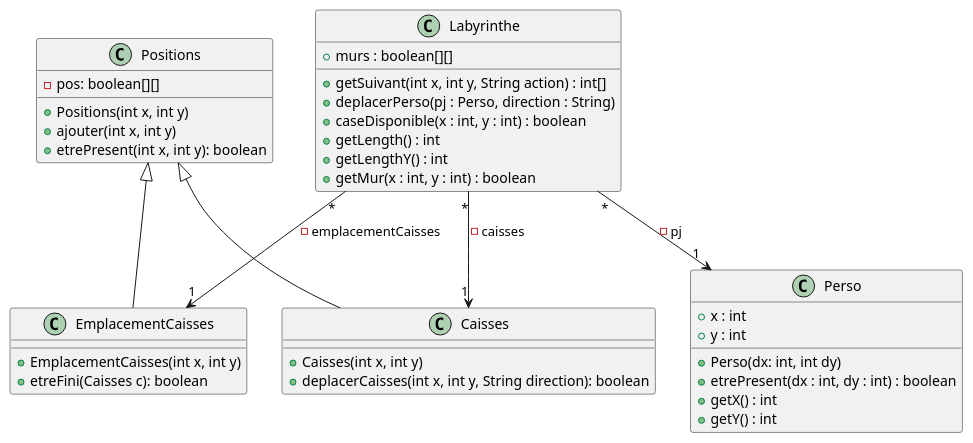
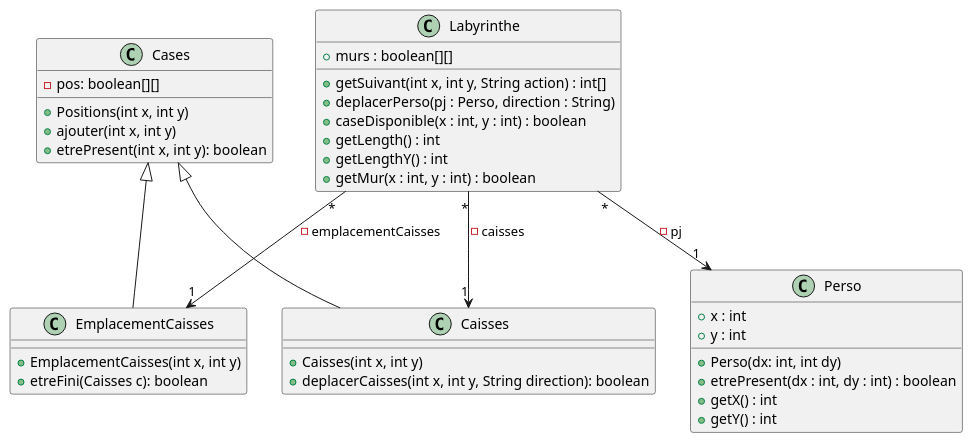
One commit to Flotss/Zeldiablo changed the diagram in documents/version_3/Modification du diagramme de classe de Labyrinthe.puml. Above: the diagram before and after it, drawn with PlantUML. The commit also changed 8 other files, not shown here.

Commit message:
Rename Position to Cases, diagrammes life line is better

```diff
--- a/documents/version_3/Modification du diagramme de classe de Labyrinthe.puml
+++ b/documents/version_3/Modification du diagramme de classe de Labyrinthe.puml
@@ -1,46 +1,46 @@
 @startuml
 
 class Labyrinthe{
     + murs : boolean[][]
     + getSuivant(int x, int y, String action) : int[]
     + deplacerPerso(pj : Perso, direction : String)
     + caseDisponible(x : int, y : int) : boolean
     + getLength() : int
     + getLengthY() : int
     + getMur(x : int, y : int) : boolean
 }
 
-class Positions{
+class Cases{
     - pos: boolean[][]
     + Positions(int x, int y)
     + ajouter(int x, int y)
     + etrePresent(int x, int y): boolean
 }
 
 class Caisses {
     + Caisses(int x, int y)
     + deplacerCaisses(int x, int y, String direction): boolean
 }
 
 class EmplacementCaisses {
     + EmplacementCaisses(int x, int y)
     + etreFini(Caisses c): boolean
 }
 
 class Perso {
     + x : int
     + y : int
     + Perso(dx: int, int dy)
     + etrePresent(dx : int, dy : int) : boolean
     + getX() : int
     + getY() : int
 }
 Labyrinthe "*" --> "1" Perso : - pj
 
 Labyrinthe "*" --> "1" Caisses : - caisses
 
 Labyrinthe "*" --> "1" EmplacementCaisses : - emplacementCaisses
 
-Positions <|-- Caisses
-Positions <|-- EmplacementCaisses
+Cases <|-- Caisses
+Cases <|-- EmplacementCaisses
 @enduml
```
